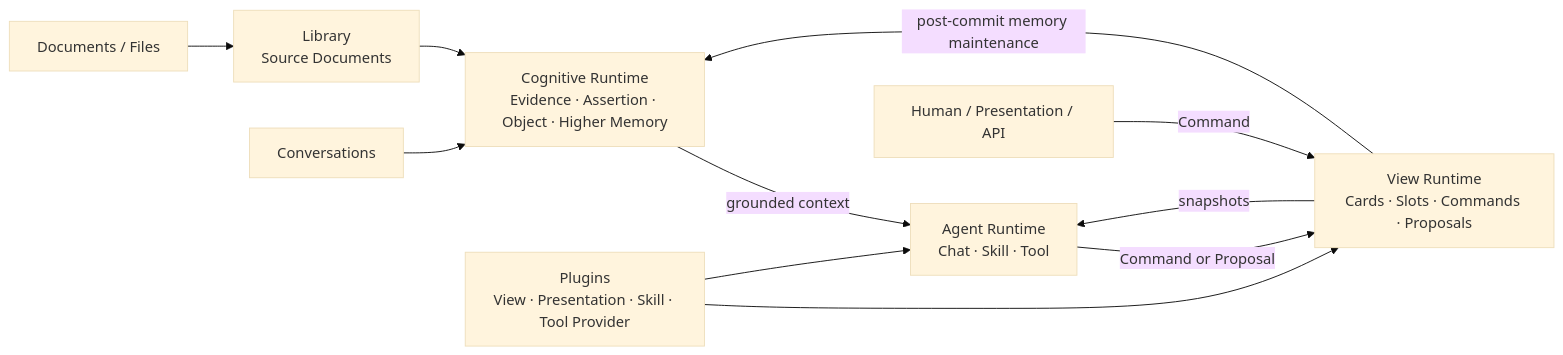
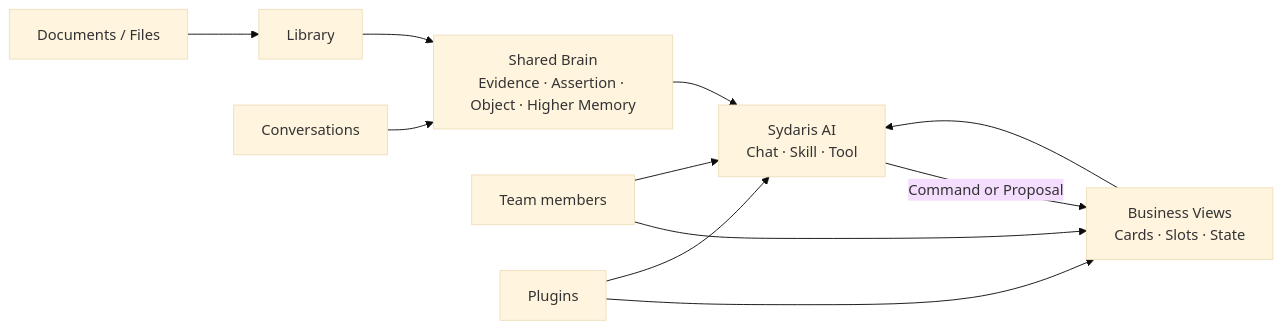
The diagram in README.md (USTC-Student-TableTennisAssociation/association-management), drawn with Mermaid (base theme) before and after one commit. The commit also changed other lines of this file, not shown here.

````diff
--- a/README.md
+++ b/README.md
@@ -22,15 +37,15 @@
 ```mermaid
 flowchart LR
-    Documents["Documents / Files"] --> Library["Library<br/>Source Documents"]
-    Conversations["Conversations"] --> Cognitive["Cognitive Runtime<br/>Evidence · Assertion · Object · Higher Memory"]
-    Library --> Cognitive
+    Files["Documents / Files"] --> Library["Library"]
+    Conversations["Conversations"] --> Brain["Shared Brain<br/>Evidence · Assertion · Object · Higher Memory"]
+    Library --> Brain
 
-    Cognitive -->|"grounded context"| Agent["Agent Runtime<br/>Chat · Skill · Tool"]
-    View["View Runtime<br/>Cards · Slots · Commands · Proposals"] -->|"snapshots"| Agent
-    Agent -->|"Command or Proposal"| View
-    Human["Human / Presentation / API"] -->|"Command"| View
+    Brain --> AI["Sydaris AI<br/>Chat · Skill · Tool"]
+    Views["Business Views<br/>Cards · Slots · State"] --> AI
+    People["Team members"] --> Views
+    People --> AI
 
-    Plugins["Plugins<br/>View · Presentation · Skill · Tool Provider"] --> View
-    Plugins --> Agent
-    View -->|"post-commit memory maintenance"| Cognitive
+    AI -->|"Command or Proposal"| Views
+    Plugins["Plugins"] --> Views
+    Plugins --> AI
 ```
````
